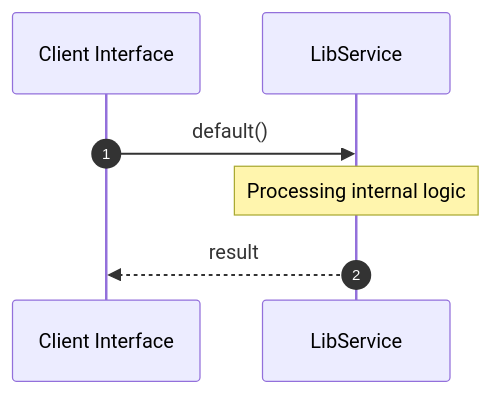
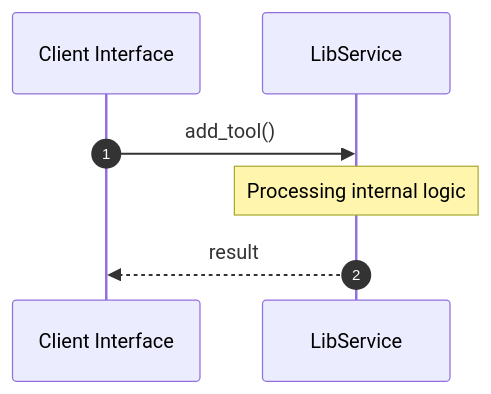
One commit to lgcorzo/rust_CACD_autonomous_factory changed the second of 2 diagrams in openwiki/crates_factory-mcp-server_src_lib_rs.md. Above: the diagram before and after it, drawn with Mermaid. The commit also changed other lines of this file and 76 other files, not shown here.

````diff
--- a/openwiki/crates_factory-mcp-server_src_lib_rs.md
+++ b/openwiki/crates_factory-mcp-server_src_lib_rs.md
@@ -264,10 +264,10 @@
 ```mermaid
 sequenceDiagram
     autonumber
     participant Caller as Client Interface
     participant Svc as LibService
-    Caller->>Svc: default()
+    Caller->>Svc: add_tool()
     Note over Svc: Processing internal logic
     Svc-->>Caller: result
 
 ```
````
